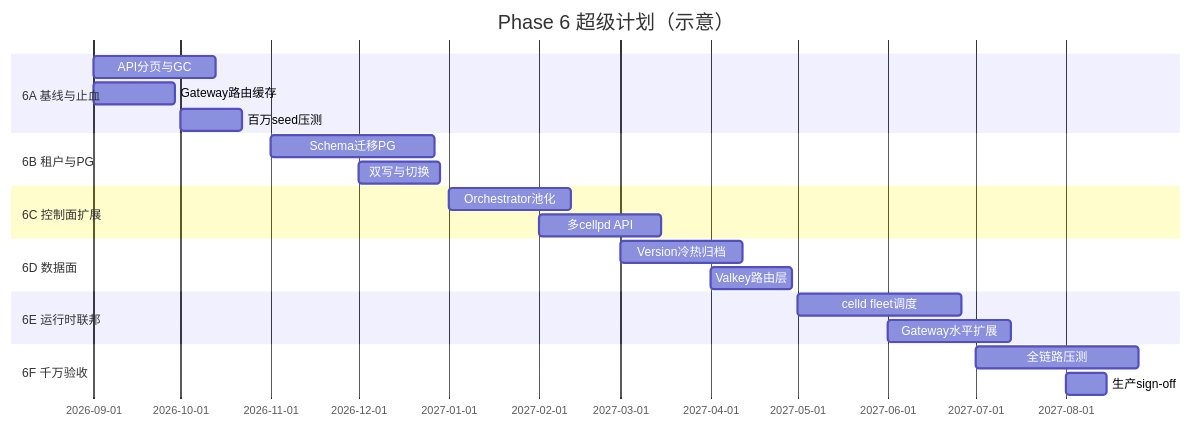
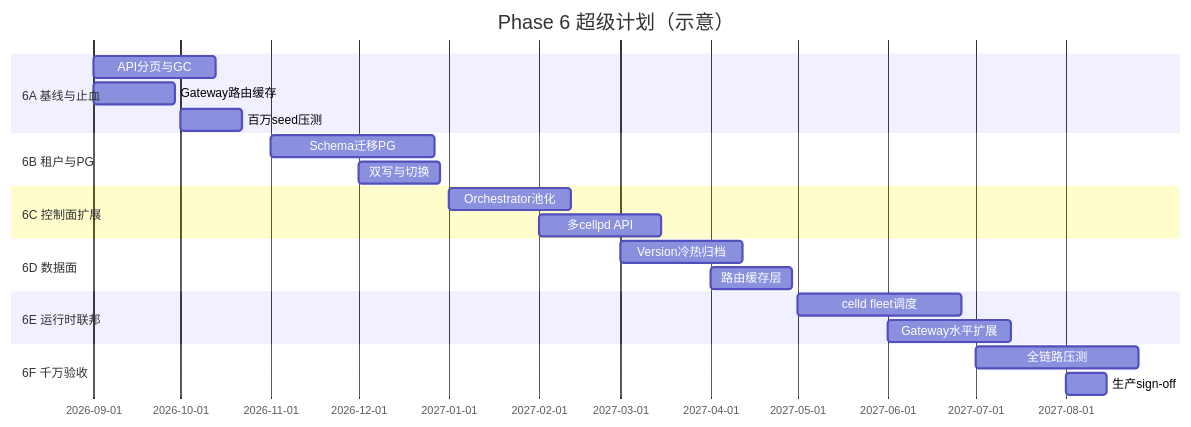
The third of 4 diagrams in docs/plans/phase-6-scale-10m-master.md (KonghaYao/cellp), drawn with Mermaid before and after one commit. The commit also changed other lines of this file and 100 other files, not shown here.

````diff
--- a/docs/plans/phase-6-scale-10m-master.md
+++ b/docs/plans/phase-6-scale-10m-master.md
@@ -279,24 +279,24 @@
 ```mermaid
 gantt
     title Phase 6 超级计划（示意）
     dateFormat YYYY-MM
     section 6A 基线与止血
     API分页与GC           :2026-09, 6w
     Gateway路由缓存       :2026-09, 4w
     百万seed压测          :2026-10, 3w
     section 6B 租户与PG
     Schema迁移PG          :2026-11, 8w
     双写与切换            :2026-12, 4w
     section 6C 控制面扩展
     Orchestrator池化      :2027-01, 6w
     多cellpd API          :2027-02, 6w
     section 6D 数据面
     Version冷热归档       :2027-03, 6w
-    Valkey路由层          :2027-04, 4w
+    路由缓存层          :2027-04, 4w
     section 6E 运行时联邦
     celld fleet调度       :2027-05, 8w
     Gateway水平扩展       :2027-06, 6w
     section 6F 千万验收
     全链路压测            :2027-07, 8w
     生产sign-off          :2027-08, 2w
 ```
````
